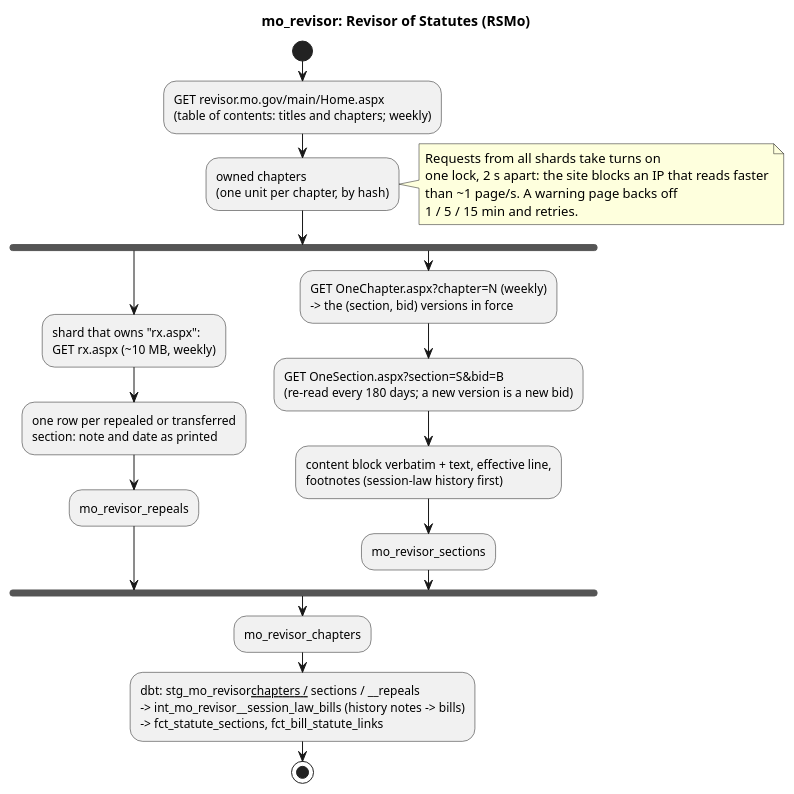
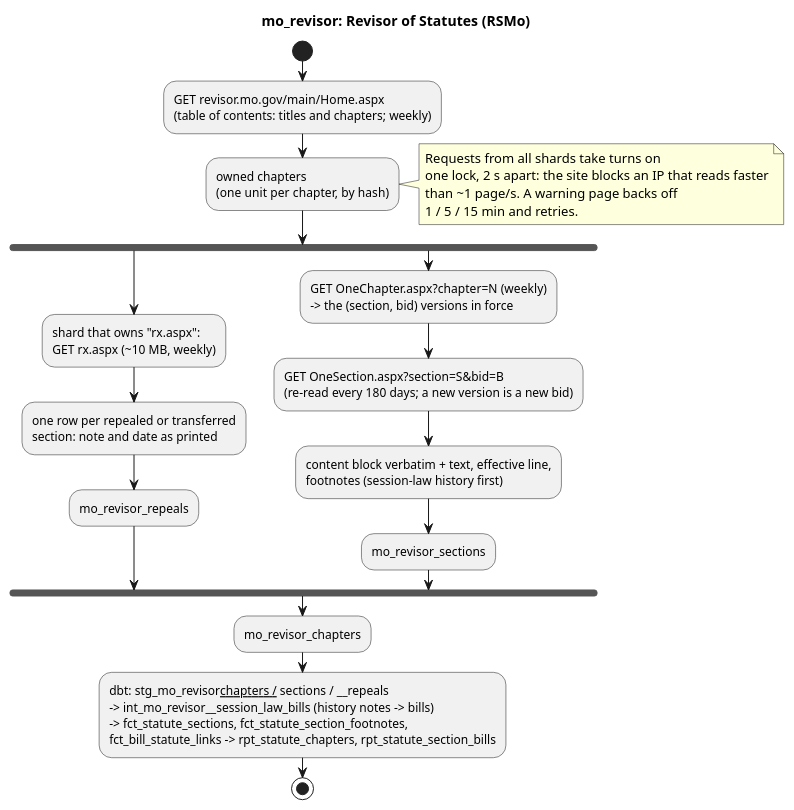
Before and after one commit to akettmann/missouri_gov_feed: the diagram in docs/diagrams/sources/mo_revisor.puml, drawn with PlantUML. The commit also changed 17 other files, not shown here.

Commit message:
Statute marts: footnotes table, loaded_at, section-bill and chapter reports (#838)

```diff
--- a/docs/diagrams/sources/mo_revisor.puml
+++ b/docs/diagrams/sources/mo_revisor.puml
@@ -1,34 +1,35 @@
 @startuml mo_revisor
 title mo_revisor: Revisor of Statutes (RSMo)
 start
 :GET revisor.mo.gov/main/Home.aspx
 (table of contents: titles and chapters; weekly);
 :owned chapters
 (one unit per chapter, by hash);
 note right
   Requests from all shards take turns on
   one lock, 2 s apart: the site blocks an IP that reads faster
   than ~1 page/s. A warning page backs off
   1 / 5 / 15 min and retries.
 end note
 fork
   :shard that owns "rx.aspx":
   GET rx.aspx (~10 MB, weekly);
   :one row per repealed or transferred
   section: note and date as printed;
   :mo_revisor_repeals;
 fork again
   :GET OneChapter.aspx?chapter=N (weekly)
   -> the (section, bid) versions in force;
   :GET OneSection.aspx?section=S&bid=B
   (re-read every 180 days; a new version is a new bid);
   :content block verbatim + text, effective line,
   footnotes (session-law history first);
   :mo_revisor_sections;
 end fork
 :mo_revisor_chapters;
 :dbt: stg_mo_revisor__chapters / __sections / __repeals
 -> int_mo_revisor__session_law_bills (history notes -> bills)
--> fct_statute_sections, fct_bill_statute_links;
+-> fct_statute_sections, fct_statute_section_footnotes,
+fct_bill_statute_links -> rpt_statute_chapters, rpt_statute_section_bills;
 stop
 @enduml
```
